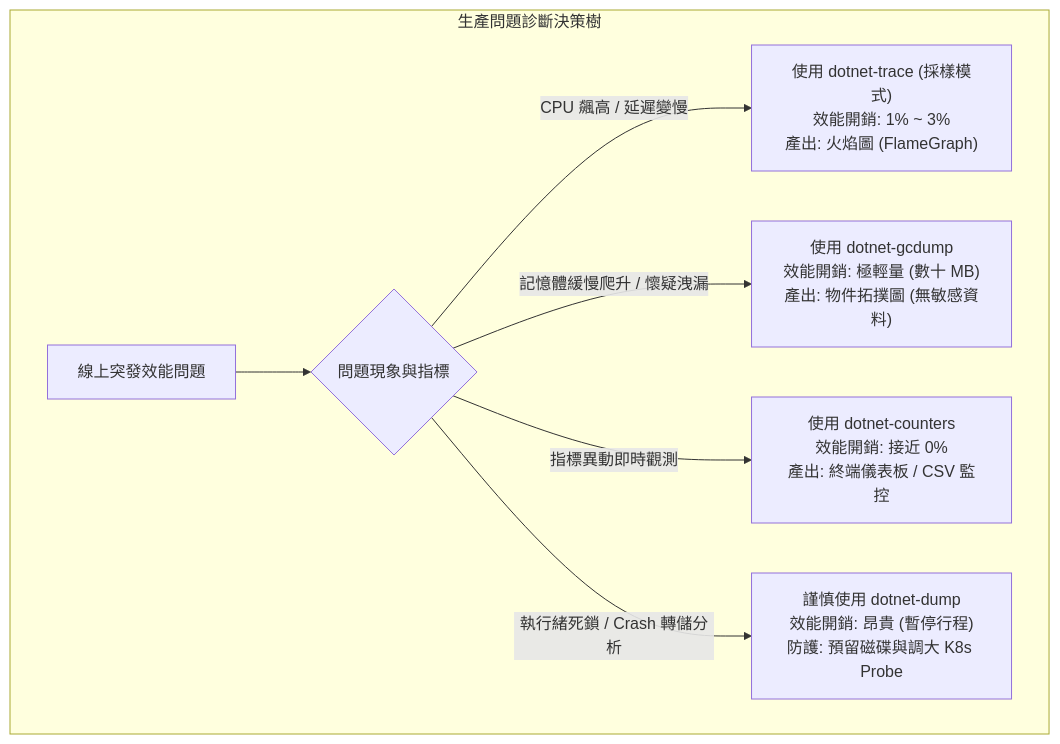
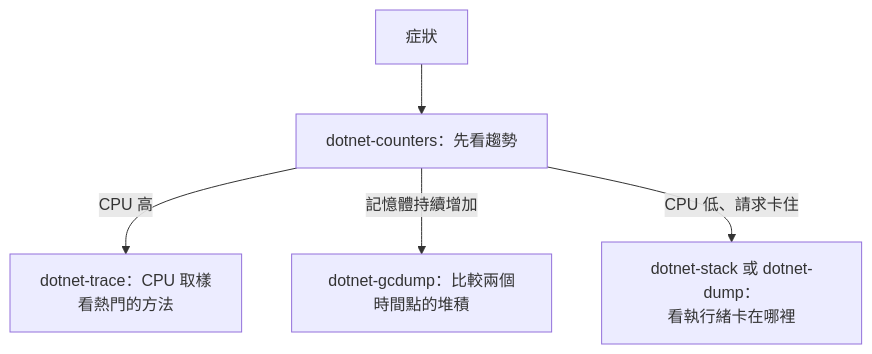
One commit to RayLiu1999/Wiki changed the diagram in src/content/docs/platforms/dotnet/profiling.md. Above: the diagram before and after it, drawn with Mermaid. The commit also changed other lines of this file and 10 other files, not shown here.

````diff
--- a/src/content/docs/platforms/dotnet/profiling.md
+++ b/src/content/docs/platforms/dotnet/profiling.md
@@ -33,11 +48,7 @@
 ```mermaid
 flowchart TD
-    subgraph DiagnosisMatrix["生產問題診斷決策樹"]
-        Issue["線上突發效能問題"] --> CheckType{"問題現象與指標"}
-        
-        CheckType -->|"CPU 飆高 / 延遲變慢"| UseTrace["使用 dotnet-trace (採樣模式)<br/>效能開銷: 1% ~ 3%<br/>產出: 火焰圖 (FlameGraph)"]
-        CheckType -->|"記憶體緩慢爬升 / 懷疑洩漏"| UseGCDump["使用 dotnet-gcdump<br/>效能開銷: 極輕量 (數十 MB)<br/>產出: 物件拓撲圖 (無敏感資料)"]
-        CheckType -->|"指標異動即時觀測"| UseCounters["使用 dotnet-counters<br/>效能開銷: 接近 0%<br/>產出: 終端儀表板 / CSV 監控"]
-        CheckType -->|"執行緒死鎖 / Crash 轉儲分析"| UseDump["謹慎使用 dotnet-dump<br/>效能開銷: 昂貴 (暫停行程)<br/>防護: 預留磁碟與調大 K8s Probe"]
-    end
+    Symptom["症狀"] --> C["dotnet-counters：先看趨勢"]
+    C -->|"CPU 高"| T["dotnet-trace：CPU 取樣<br/>看熱門的方法"]
+    C -->|"記憶體持續增加"| G["dotnet-gcdump：比較兩個時間點的堆積"]
+    C -->|"CPU 低、請求卡住"| S["dotnet-stack 或 dotnet-dump：<br/>看執行緒卡在哪裡"]
 ```
````
